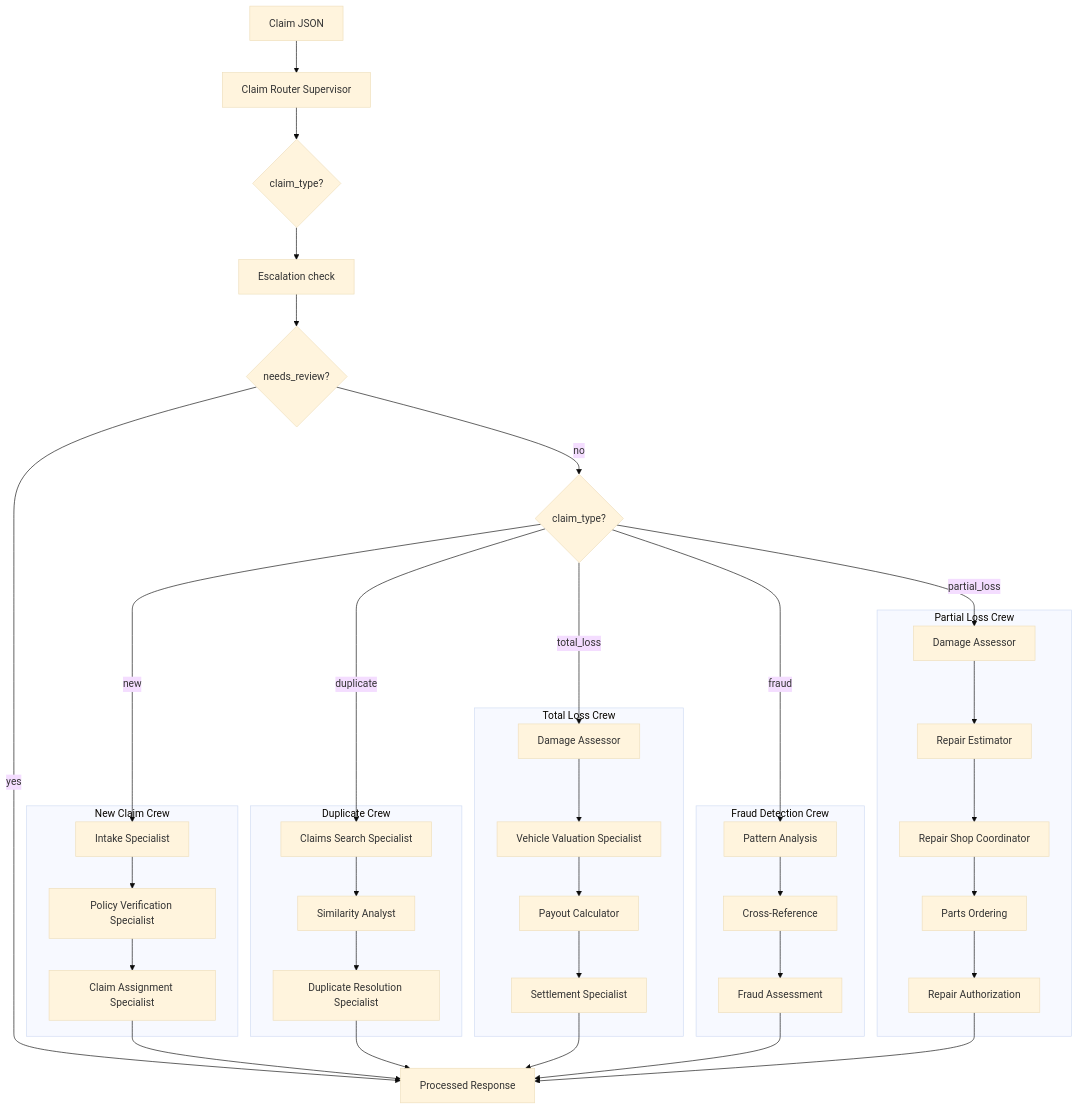
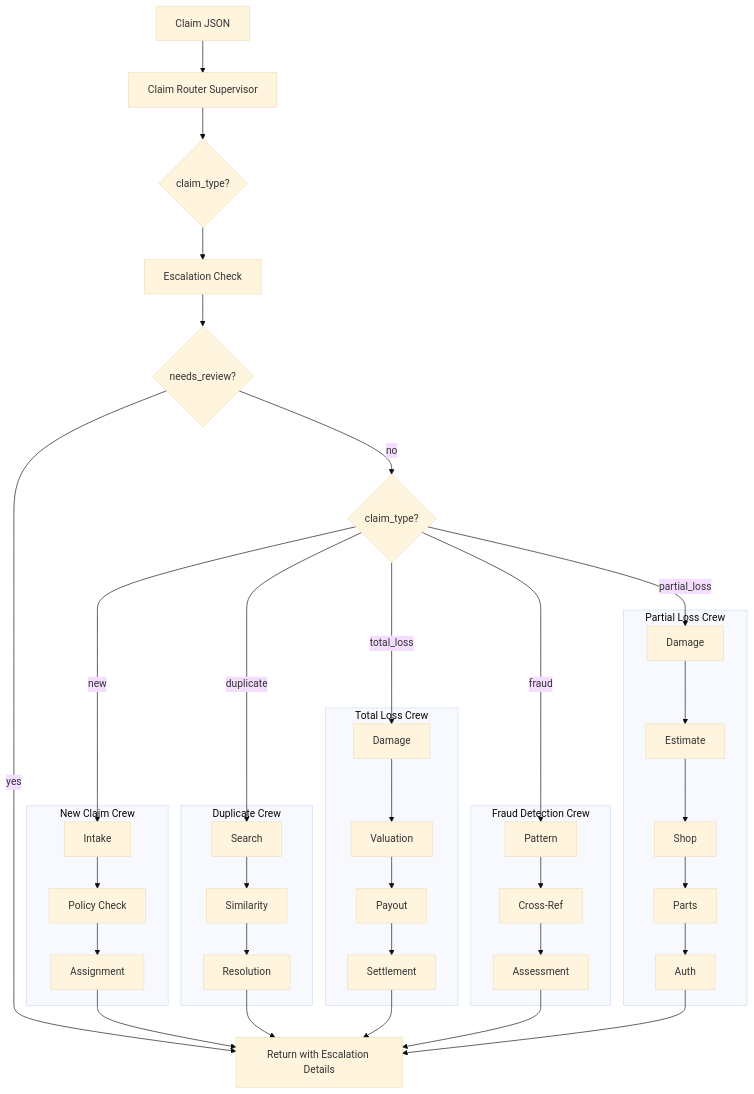
The second of 2 diagrams in docs/architecture.md (csmangum/auto-agent), drawn with Mermaid (base theme) before and after one commit. The commit also changed other lines of this file and 10 other files, not shown here.

First line of the commit message:
Refactor docs: remove duplicates, add cross-references, use Mermaid diagrams

````diff
--- a/docs/architecture.md
+++ b/docs/architecture.md
@@ -76,58 +83,40 @@
 ```mermaid
 flowchart TB
     A[Claim JSON] --> B[Claim Router Supervisor]
     B --> C{claim_type?}
-    C --> D[Escalation check]
+    C --> D[Escalation Check]
     D --> E{needs_review?}
-    E -->|yes| G[Processed Response]
+    E -->|yes| G[Return with Escalation Details]
     E -->|no| H{claim_type?}
 
     subgraph New["New Claim Crew"]
-        D1[Intake Specialist]
-        D2[Policy Verification Specialist]
-        D3[Claim Assignment Specialist]
-        D1 --> D2 --> D3
+        D1[Intake] --> D2[Policy Check] --> D3[Assignment]
     end
 
     subgraph Dup["Duplicate Crew"]
-        E1[Claims Search Specialist]
-        E2[Similarity Analyst]
-        E3[Duplicate Resolution Specialist]
-        E1 --> E2 --> E3
+        E1[Search] --> E2[Similarity] --> E3[Resolution]
     end
 
     subgraph Total["Total Loss Crew"]
-        F1[Damage Assessor]
-        F2[Vehicle Valuation Specialist]
-        F3[Payout Calculator]
-        F4[Settlement Specialist]
-        F1 --> F2 --> F3 --> F4
+        F1[Damage] --> F2[Valuation] --> F3[Payout] --> F4[Settlement]
     end
 
-    subgraph Fraud["Fraud Detection Crew"]
-        FR1[Pattern Analysis]
-        FR2[Cross-Reference]
-        FR3[Fraud Assessment]
-        FR1 --> FR2 --> FR3
+    subgraph FraudCrew["Fraud Detection Crew"]
+        FR1[Pattern] --> FR2[Cross-Ref] --> FR3[Assessment]
     end
 
     subgraph Partial["Partial Loss Crew"]
-        P1[Damage Assessor]
-        P2[Repair Estimator]
-        P3[Repair Shop Coordinator]
-        P4[Parts Ordering]
-        P5[Repair Authorization]
-        P1 --> P2 --> P3 --> P4 --> P5
+        P1[Damage] --> P2[Estimate] --> P3[Shop] --> P4[Parts] --> P5[Auth]
     end
 
     H -->|new| D1
     H -->|duplicate| E1
     H -->|total_loss| F1
     H -->|fraud| FR1
     H -->|partial_loss| P1
     D3 --> G
     E3 --> G
     F4 --> G
     FR3 --> G
     P5 --> G
 ```
````
